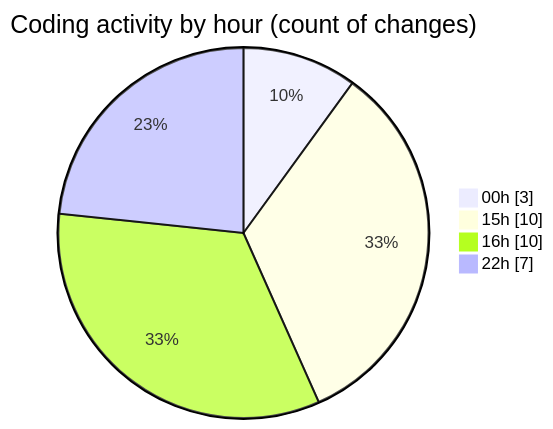
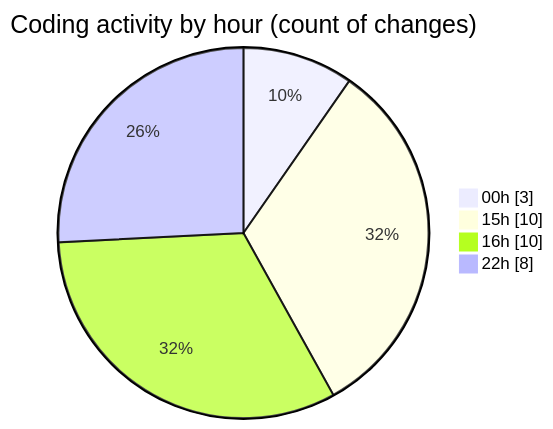
Before and after one commit to idhammustaqopulfikri/code-tracking: the second of 2 diagrams in 2025-03-30/autodidak/README.md, drawn with Mermaid. The commit also changed other lines of this file and 1 other file, not shown here.

````diff
--- a/2025-03-30/autodidak/README.md
+++ b/2025-03-30/autodidak/README.md
@@ -35,8 +36,8 @@
 ```mermaid
 pie showData
 title Coding activity by hour (count of changes)
 "00h" : 3
 "15h" : 10
 "16h" : 10
-"22h" : 7
+"22h" : 8
 ```
````
